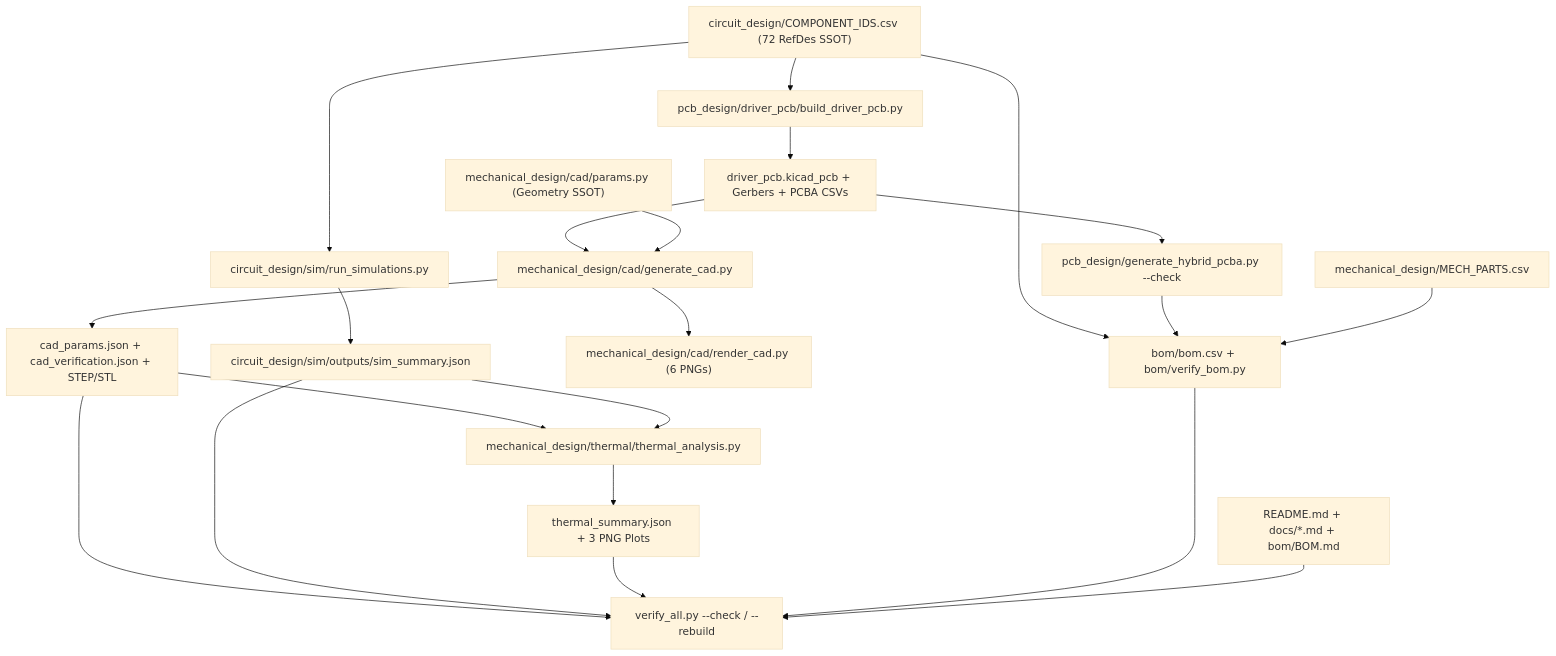
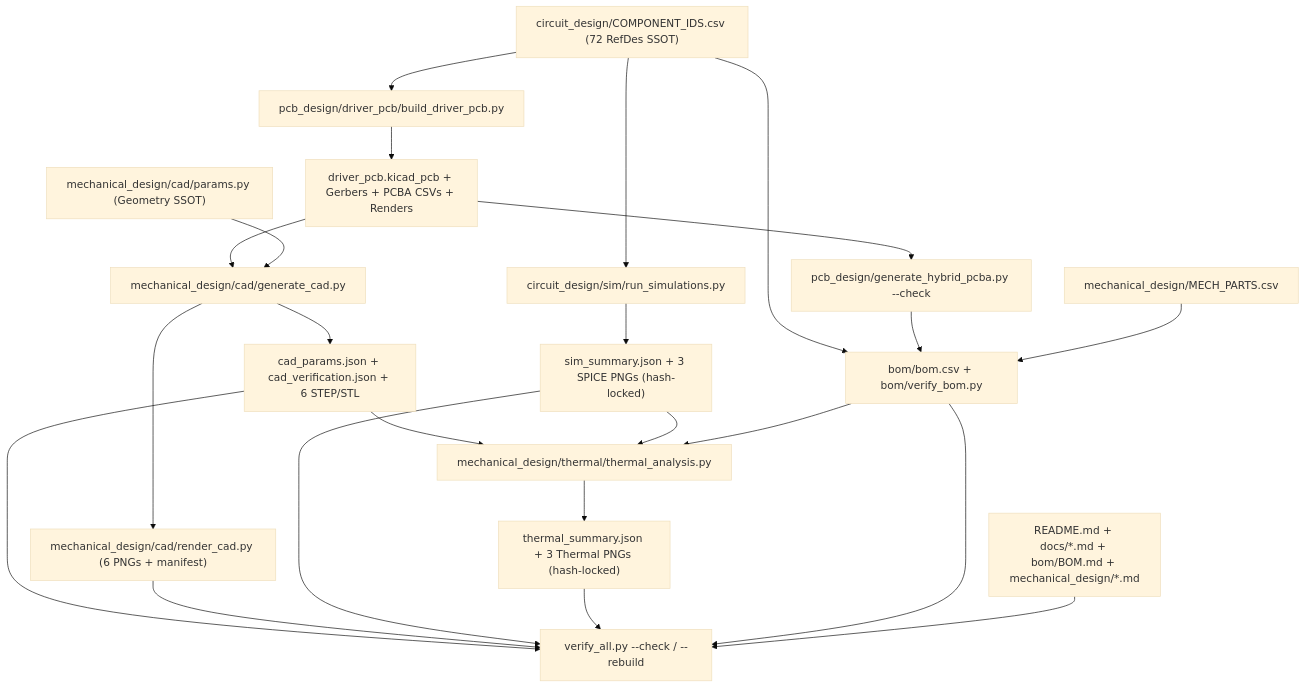
One commit to alimuldal/lepiled changed the diagram in docs/CHANGE_CHECKLIST.md. Above: the diagram before and after it, drawn with Mermaid (base theme). The commit also changed other lines of this file and 22 other files, not shown here.

Commit message:
Sync bare mill-finish Al thermal model, SPICE plots, hash-locked figures & AGENTS.md rules

````diff
--- a/docs/CHANGE_CHECKLIST.md
+++ b/docs/CHANGE_CHECKLIST.md
@@ -11,27 +11,29 @@
 ```mermaid
 flowchart TD
     CID["circuit_design/COMPONENT_IDS.csv (72 RefDes SSOT)"] --> PCB["pcb_design/driver_pcb/build_driver_pcb.py"]
     CID --> SPICE["circuit_design/sim/run_simulations.py"]
     CID --> BOM["bom/bom.csv + bom/verify_bom.py"]
 
-    PCB --> KPCB["driver_pcb.kicad_pcb + Gerbers + PCBA CSVs"]
+    PCB --> KPCB["driver_pcb.kicad_pcb + Gerbers + PCBA CSVs + Renders"]
     KPCB --> HYB["pcb_design/generate_hybrid_pcba.py --check"]
     KPCB --> CAD["mechanical_design/cad/generate_cad.py"]
     HYB --> BOM
 
     PARAMS["mechanical_design/cad/params.py (Geometry SSOT)"] --> CAD
-    CAD --> CJSON["cad_params.json + cad_verification.json + STEP/STL"]
-    CAD --> RENDER["mechanical_design/cad/render_cad.py (6 PNGs)"]
+    CAD --> CJSON["cad_params.json + cad_verification.json + 6 STEP/STL"]
+    CAD --> RENDER["mechanical_design/cad/render_cad.py (6 PNGs + manifest)"]
 
-    SPICE --> SJSON["circuit_design/sim/outputs/sim_summary.json"]
+    SPICE --> SJSON["sim_summary.json + 3 SPICE PNGs (hash-locked)"]
     CJSON --> THERM["mechanical_design/thermal/thermal_analysis.py"]
     SJSON --> THERM
-    THERM --> TJSON["thermal_summary.json + 3 PNG Plots"]
+    BOM --> THERM
+    THERM --> TJSON["thermal_summary.json + 3 Thermal PNGs (hash-locked)"]
 
     MECH["mechanical_design/MECH_PARTS.csv"] --> BOM
     CJSON --> VER["verify_all.py --check / --rebuild"]
+    RENDER --> VER
     SJSON --> VER
     TJSON --> VER
     BOM --> VER
-    DOCS["README.md + docs/*.md + bom/BOM.md"] --> VER
+    DOCS["README.md + docs/*.md + bom/BOM.md + mechanical_design/*.md"] --> VER
 ```
````
